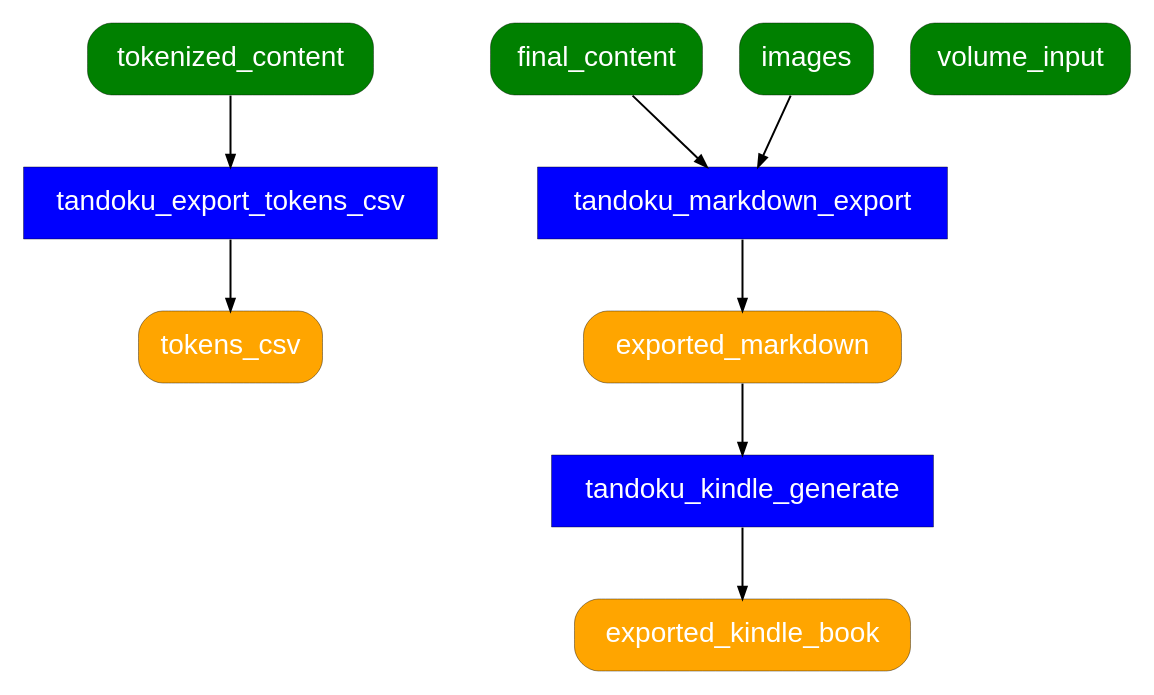
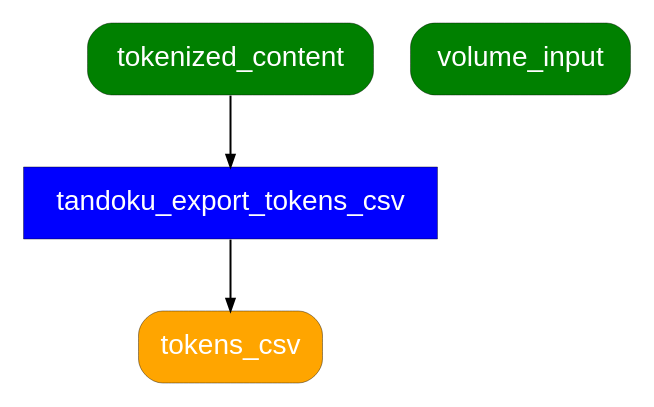
The diagram in docs/tandoku-workflow.dot (tandoku/tandoku), drawn with Graphviz before and after one commit. The commit also changed 1 other file, not shown here.

Commit message:
docs workflow - added markdown/kindle export to tdkw

```diff
--- a/docs/tandoku-workflow.dot
+++ b/docs/tandoku-workflow.dot
@@ -1,178 +1,178 @@
 # TODO: consider generating this from spreadsheet data using PSGraph
 # (or create workflow definition in YAML, import to spreadsheet and generate graph from YAML)
 digraph {
     graph [fontname="Helvetica"];
     node [fontname="Helvetica" penwidth=0.2];
     edge [fontname="Helvetica" arrowsize="0.6"];
 
     # processes
     node [shape=rect style="filled" fillcolor=blue fontcolor=white];
     # TODO: align to new module-based API structure
     #tandoku_new_volume
 
     tandoku_export_tokens_csv
 
     #tandoku_import
     
     ## source processes
     #tandoku_source_import
 
     ## film processes (subtitles, video)
     #tandoku_subtitles_init
     #tandoku_subtitles_clean
     #tandoku_subtitles_align
     #tandoku_subtitles_finalize
     #tandoku_subtitles_contentgen
 
     #tandoku_subtitles_subs2cia_export
     #tandoku_subtitles_subs2cia_process
     #tandoku_subtitles_subs2cia_import
 
     #tandoku_video_init
     #tandoku_video_clean
     #tandoku_video_finalize
     #tandoku_video_export
 
     #tandoku_content_transform_film
 
     ## content processes
     #tandoku_content_merge
     #tandoku_content_finalize
     #tandoku_content_tokenize
 
     ## markdown, kindle processses
-    tandoku_markdown_export
-    tandoku_kindle_generate
+    #tandoku_markdown_export
+    #tandoku_kindle_generate
 
     # artifacts
     node [shape=rect style="filled,rounded" fillcolor=orange];
     #volume_tdkv
 
     #initial_content
     #transformed_content
     #merged_content
     #tokenized_content
     #final_content
 
     #images
 
     #audio_clips
 
     tokens_csv
 
     ## film artifacts
     #external_subtitle
     #src_subtitle
     #initial_subtitle
     #clean_subtitle
     #aligned_subtitle
     #final_subtitle
 
     #external_video
     #src_video
     #initial_video
     #clean_video
     #final_video
 
     #exported_video
     #exported_subtitles
 
     #subs2cia_subtitle
     #temp_subs2cia_tsv
     #temp_audio_clips
     #temp_images
     #subs2cia_content
 
     ## markdown, kindle
-    exported_markdown
-    exported_kindle_book
+    #exported_markdown
+    #exported_kindle_book
 
     # user input
     node [shape=rect style="filled,rounded" fillcolor=green];
     volume_input
 
     # edges
     #volume_input -> tandoku_new_volume
     #tandoku_new_volume -> volume_tdkv
 
     tokenized_content -> tandoku_export_tokens_csv
     tandoku_export_tokens_csv -> tokens_csv
 
     #external_subtitle -> tandoku_import
     #external_video -> tandoku_import
     #volume_tdkv -> tandoku_import
     #tandoku_import -> tandoku_source_import
     #tandoku_import -> tandoku_subtitles_init
     #tandoku_import -> tandoku_video_init
 
     #volume_tdkv -> tandoku_source_import
 
     ## film edges
     #external_subtitle -> tandoku_source_import
     #tandoku_source_import -> src_subtitle
     #src_subtitle -> tandoku_subtitles_init
     #volume_tdkv -> tandoku_subtitles_init
     #tandoku_subtitles_init -> initial_subtitle
     #initial_subtitle -> tandoku_subtitles_clean
     #tandoku_subtitles_clean -> clean_subtitle
 
     #external_video -> tandoku_source_import
     #tandoku_source_import -> src_video
     #src_video -> tandoku_video_init
     #volume_tdkv -> tandoku_video_init
     #tandoku_video_init -> initial_video
     #initial_video -> tandoku_video_clean
     #tandoku_video_clean -> clean_video
     #clean_video -> tandoku_video_finalize
     #tandoku_video_finalize -> final_video
 
     #clean_subtitle -> tandoku_subtitles_align
     #final_video -> tandoku_subtitles_align
     #tandoku_subtitles_align -> aligned_subtitle
     #aligned_subtitle -> tandoku_subtitles_finalize
     #tandoku_subtitles_finalize -> final_subtitle
 
     #final_subtitle -> tandoku_video_export
     #final_video -> tandoku_video_export
     #tandoku_video_export -> exported_video
     #tandoku_video_export -> exported_subtitles
 
     #final_subtitle -> tandoku_subtitles_contentgen
     #tandoku_subtitles_contentgen -> initial_content
 
     #initial_content -> tandoku_content_transform_film
     #tandoku_content_transform_film -> transformed_content
 
     # merged_content -> tandoku_subtitles_subs2cia_export
     # tandoku_subtitles_subs2cia_export -> subs2cia_subtitle
     # subs2cia_subtitle -> tandoku_subtitles_subs2cia_process
     # final_video -> tandoku_subtitles_subs2cia_process
     # tandoku_subtitles_subs2cia_process -> temp_subs2cia_tsv
     # tandoku_subtitles_subs2cia_process -> temp_audio_clips
     # tandoku_subtitles_subs2cia_process -> temp_images
     # temp_subs2cia_tsv -> tandoku_subtitles_subs2cia_import
     # temp_audio_clips -> tandoku_subtitles_subs2cia_import
     # temp_images -> tandoku_subtitles_subs2cia_import
     # tandoku_subtitles_subs2cia_import -> audio_clips
     # tandoku_subtitles_subs2cia_import -> images
     # tandoku_subtitles_subs2cia_import -> subs2cia_content
     # subs2cia_content -> tandoku_content_finalize
 
     ## general content edges
     #transformed_content -> tandoku_content_merge
     #tandoku_content_merge -> merged_content
     #merged_content -> tandoku_content_finalize
     #tandoku_content_finalize -> final_content
 
     #final_content -> tandoku_content_tokenize
     #tandoku_content_tokenize -> tokenized_content
 
     ## markdown export
-    final_content -> tandoku_markdown_export
-    images -> tandoku_markdown_export
-    tandoku_markdown_export -> exported_markdown
+    #final_content -> tandoku_markdown_export
+    #images -> tandoku_markdown_export
+    #tandoku_markdown_export -> exported_markdown
 
     ## kindle export
-    exported_markdown -> tandoku_kindle_generate
-    tandoku_kindle_generate -> exported_kindle_book
+    #exported_markdown -> tandoku_kindle_generate
+    #tandoku_kindle_generate -> exported_kindle_book
 }
```
